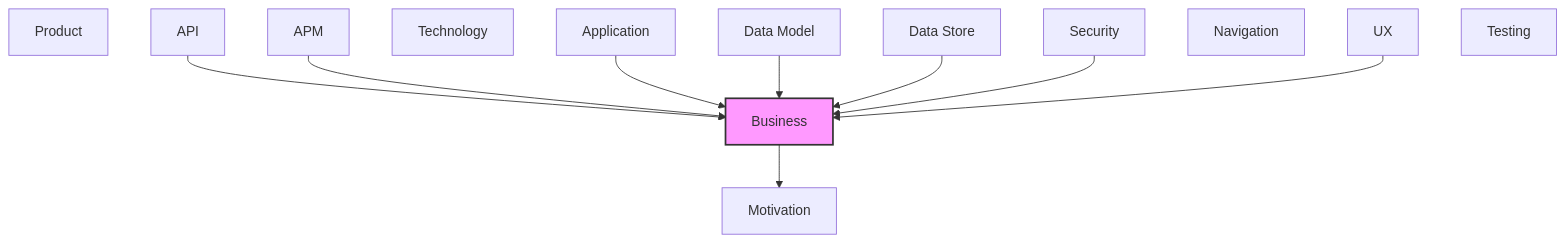
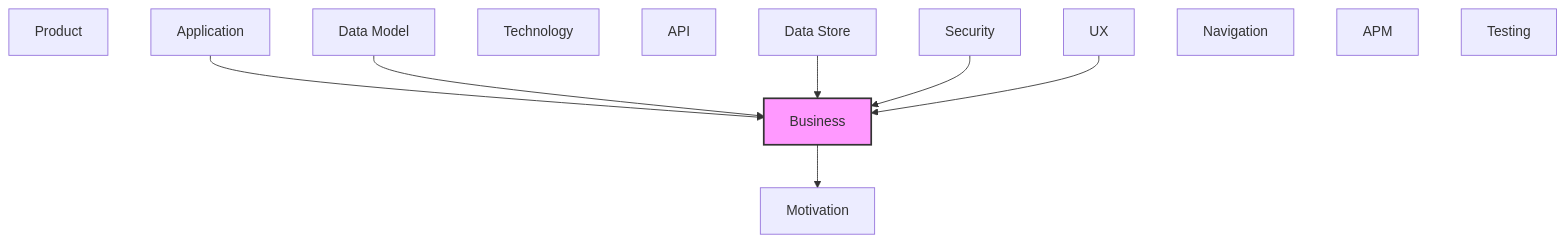
One commit to tinkermonkey/documentation_robotics_viewer changed the second of 2 diagrams in documentation-robotics/reports/02-business-layer-report.md. Above: the diagram before and after it, drawn with Mermaid. The commit also changed other lines of this file and 39 other files, not shown here.

````diff
--- a/documentation-robotics/reports/02-business-layer-report.md
+++ b/documentation-robotics/reports/02-business-layer-report.md
@@ -72,26 +70,24 @@
 ```mermaid
 flowchart TB
   classDef current fill:#f9f,stroke:#333,stroke-width:2px
   motivation["Motivation"]
   business["Business"]
   product["Product"]
   security["Security"]
   application["Application"]
   technology["Technology"]
   api["API"]
   data_model["Data Model"]
   data_store["Data Store"]
   ux["UX"]
   navigation["Navigation"]
   apm["APM"]
   testing["Testing"]
-  api --> business
-  apm --> business
   application --> business
   business --> motivation
   data_model --> business
   data_store --> business
   security --> business
   ux --> business
   class business current
 ```
````
